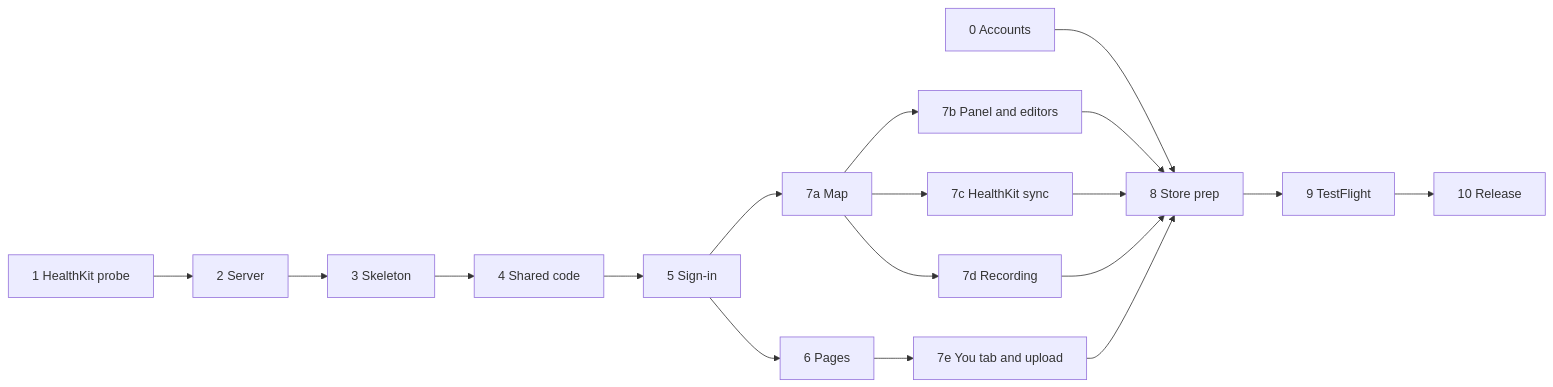
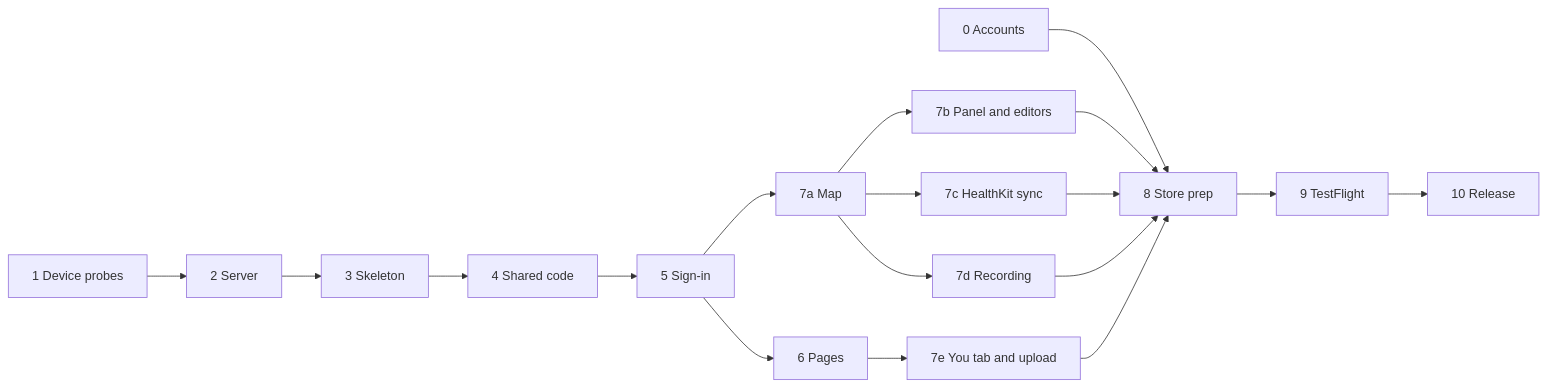
Before and after one commit to HoldMyTrack/platform: the diagram in apps/ios/docs/ROADMAP.md, drawn with Mermaid. The commit also changed other lines of this file, not shown here.

````diff
--- a/apps/ios/docs/ROADMAP.md
+++ b/apps/ios/docs/ROADMAP.md
@@ -36,16 +36,16 @@
 ```mermaid
 flowchart LR
     P0[0 Accounts] --> P8[8 Store prep]
-    P1[1 HealthKit probe] --> P2[2 Server]
+    P1[1 Device probes] --> P2[2 Server]
     P2 --> P3[3 Skeleton]
     P3 --> P4[4 Shared code]
     P4 --> P5[5 Sign-in]
     P5 --> P6[6 Pages]
     P5 --> P7a[7a Map]
     P7a --> P7b[7b Panel and editors]
     P7a --> P7c[7c HealthKit sync]
     P7a --> P7d[7d Recording]
     P6 --> P7e[7e You tab and upload]
     P7b & P7c & P7d & P7e --> P8
     P8 --> P9[9 TestFlight] --> P10[10 Release]
 ```
````
